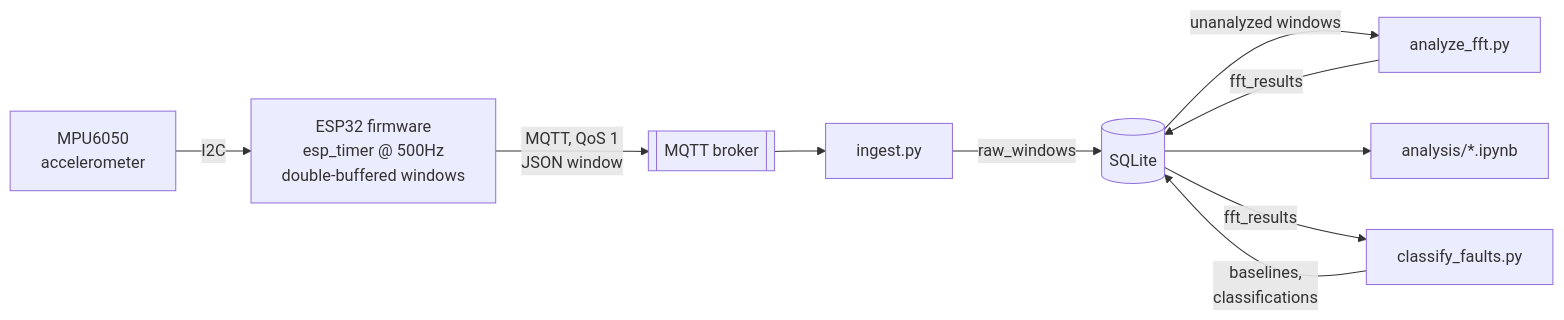
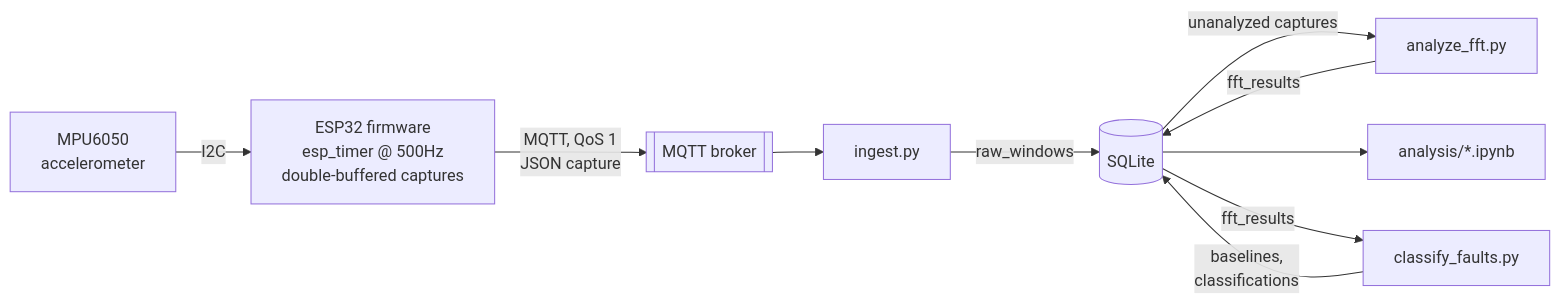
Before and after one commit to tyroneous9/Conveyor-Monitor: the diagram in README.md, drawn with Mermaid. The commit also changed other lines of this file, not shown here.

Commit message:
refactor window

````diff
--- a/README.md
+++ b/README.md
@@ -88,12 +86,12 @@
 ```mermaid
 flowchart LR
-    MPU["MPU6050<br/>accelerometer"] -->|I2C| ESP["ESP32 firmware<br/>esp_timer @ 500Hz<br/>double-buffered windows"]
-    ESP -->|"MQTT, QoS 1<br/>JSON window"| Broker[["MQTT broker"]]
+    MPU["MPU6050<br/>accelerometer"] -->|I2C| ESP["ESP32 firmware<br/>esp_timer @ 500Hz<br/>double-buffered captures"]
+    ESP -->|"MQTT, QoS 1<br/>JSON capture"| Broker[["MQTT broker"]]
     Broker --> Ingest["ingest.py"]
     Ingest -->|raw_windows| DB[("SQLite")]
-    DB -->|unanalyzed windows| Analyze["analyze_fft.py"]
+    DB -->|unanalyzed captures| Analyze["analyze_fft.py"]
     Analyze -->|fft_results| DB
     DB --> NB["analysis/*.ipynb"]
     DB -->|fft_results| Classify["classify_faults.py"]
     Classify -->|baselines,<br/>classifications| DB
 ```
````
